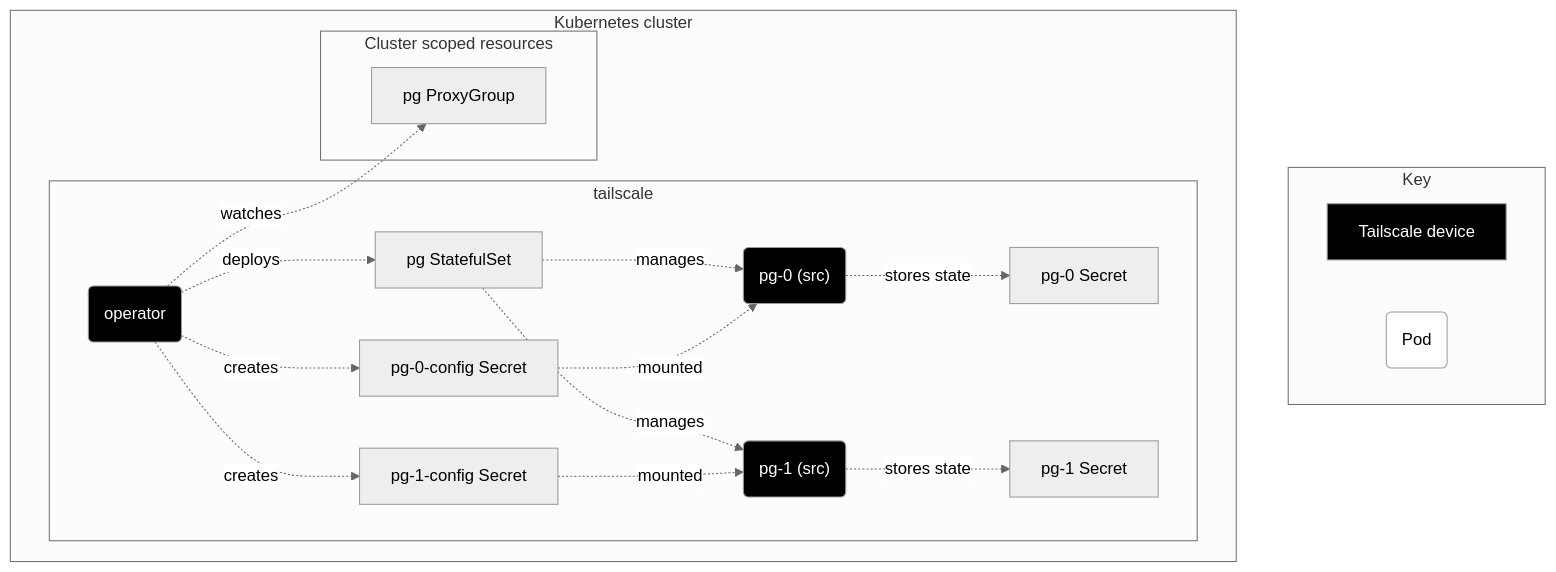
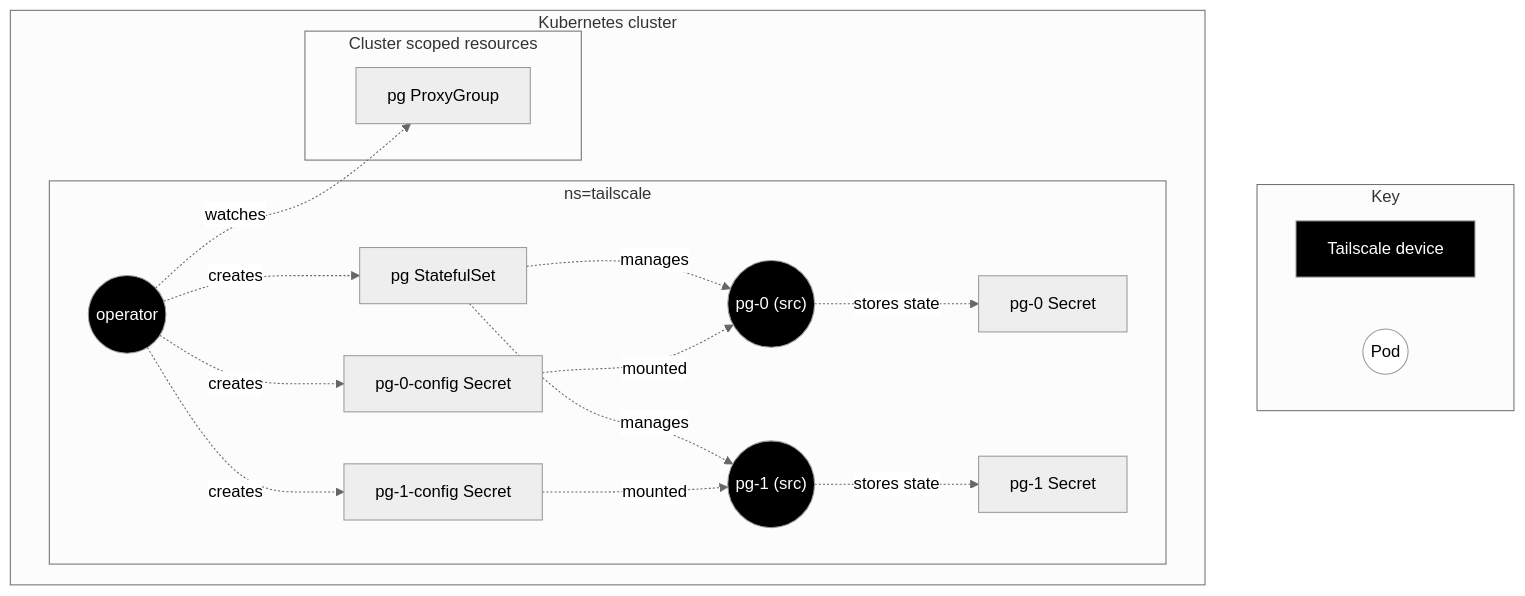
One commit to tailscale/tailscale changed the fourth of 5 diagrams in docs/k8s/operator-architecture.md. Above: the diagram before and after it, drawn with Mermaid. The commit also changed other lines of this file, not shown here.

````diff
--- a/docs/k8s/operator-architecture.md
+++ b/docs/k8s/operator-architecture.md
@@ -162,40 +165,40 @@
 ```mermaid
 %%{ init: { 'theme':'neutral' } }%%
 
 flowchart TD
     classDef tsnode color:#fff,fill:#000;
     classDef pod fill:#fff;
 
     subgraph Key
         ts[Tailscale device]:::tsnode
-        pod(Pod):::pod
+        pod((Pod)):::pod
     end
 
     subgraph k8s[Kubernetes cluster]
-        subgraph tailscale-ns[tailscale]
-            operator(operator):::tsnode
+        subgraph tailscale-ns[ns=tailscale]
+            operator((operator)):::tsnode
             pg-sts[pg StatefulSet]
-            pg-0("pg-0 (src)"):::tsnode
-            pg-1("pg-1 (src)"):::tsnode
+            pg-0(("pg-0 (src)")):::tsnode
+            pg-1(("pg-1 (src)")):::tsnode
             cfg-secret-0["pg-0-config Secret"]
             cfg-secret-1["pg-1-config Secret"]
             state-secret-0["pg-0 Secret"]
             state-secret-1["pg-1 Secret"]
         end
 
         subgraph cluster-scope["Cluster scoped resources"]
             pg["pg ProxyGroup"]
         end
     end
     operator-.->|watches| pg
-    operator -.->|deploys| pg-sts
+    operator -.->|creates| pg-sts
     pg-sts -.->|manages| pg-0
     pg-sts -.->|manages| pg-1
     operator -.->|creates| cfg-secret-0
     operator -.->|creates| cfg-secret-1
     cfg-secret-0 -.->|mounted| pg-0
     cfg-secret-1 -.->|mounted| pg-1
     pg-0 -.->|stores state| state-secret-0
     pg-1 -.->|stores state| state-secret-1
 
 ```
````
